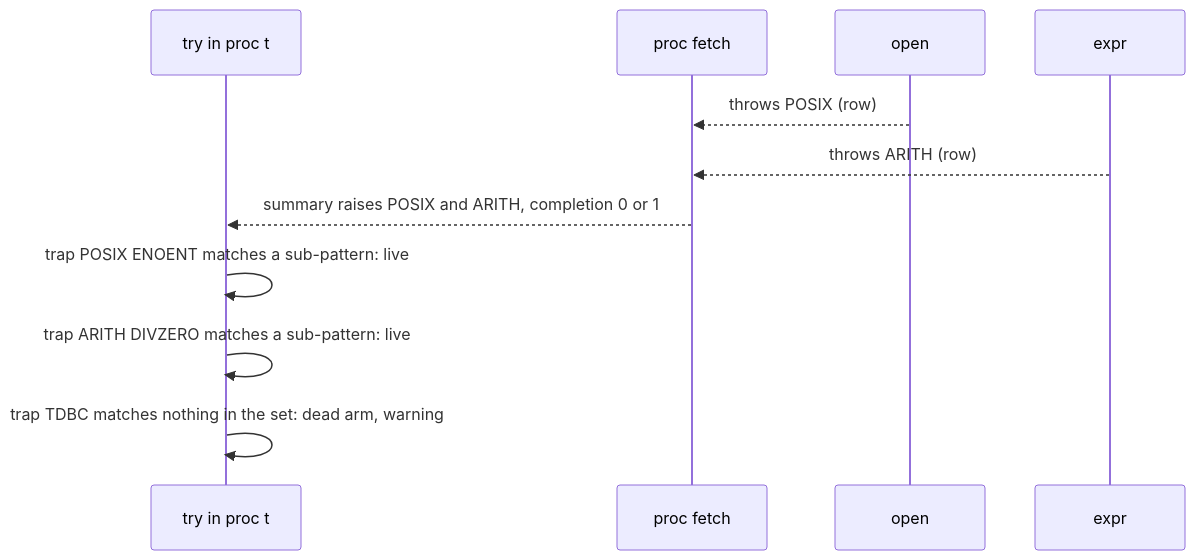
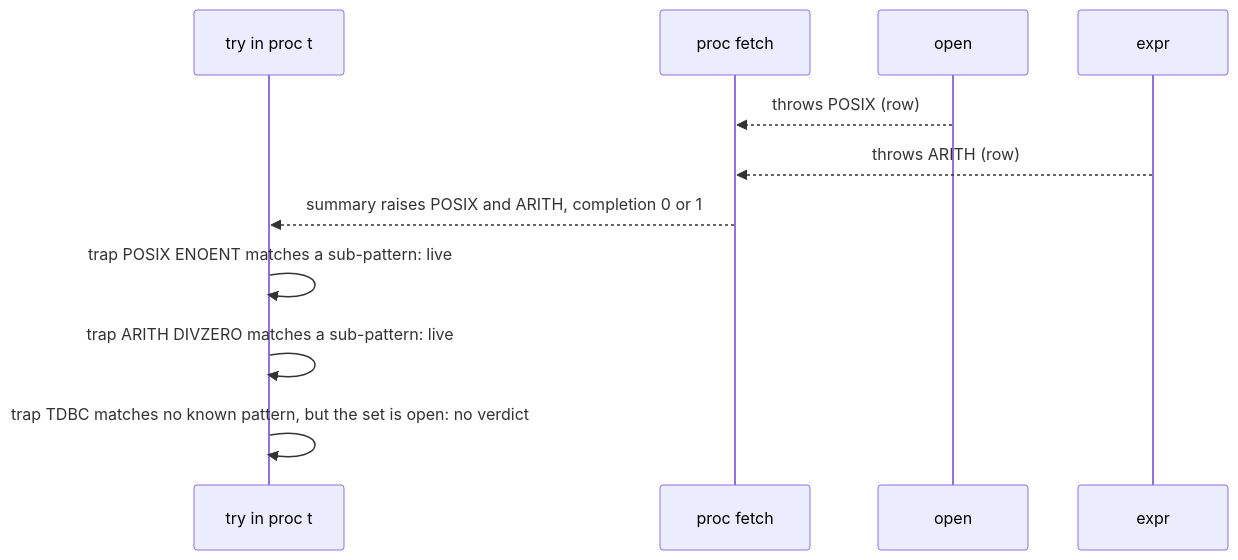
One commit to bitwisecook/tcl-lsp changed the third of 4 diagrams in docs/design/registry/model/392-error-codes.md. Above: the diagram before and after it, drawn with Mermaid. The commit also changed other lines of this file and 11 other files, not shown here.

````diff
--- a/docs/design/registry/model/392-error-codes.md
+++ b/docs/design/registry/model/392-error-codes.md
@@ -157,13 +215,13 @@
 ```mermaid
 sequenceDiagram
   participant T as try in proc t
   participant F as proc fetch
   participant O as open
   participant E as expr
   O-->>F: throws POSIX (row)
   E-->>F: throws ARITH (row)
   F-->>T: summary raises POSIX and ARITH, completion 0 or 1
   T->>T: trap POSIX ENOENT matches a sub-pattern: live
   T->>T: trap ARITH DIVZERO matches a sub-pattern: live
-  T->>T: trap TDBC matches nothing in the set: dead arm, warning
+  T->>T: trap TDBC matches no known pattern, but the set is open: no verdict
 ```
````
